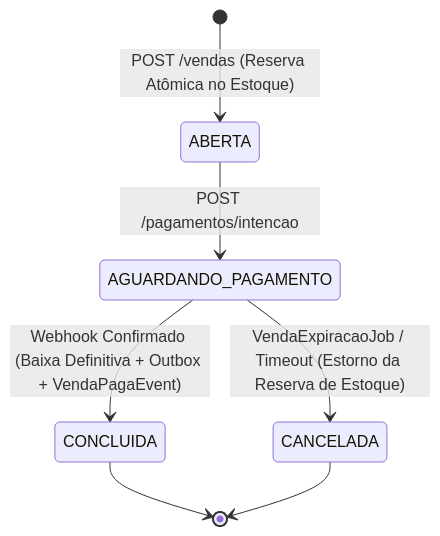
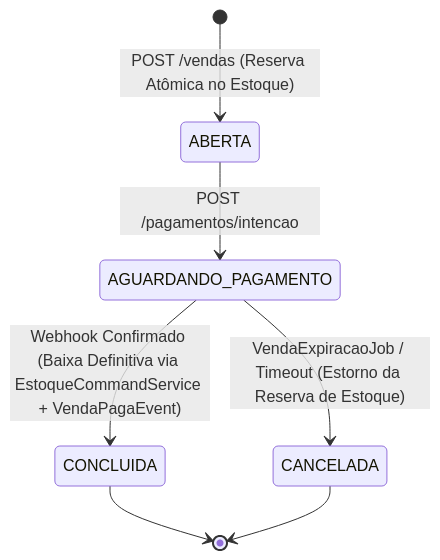
The first of 3 diagrams in docs/domains/checkout.md (iXDGabrielTK/petshop-microservices), drawn with Mermaid before and after one commit. The commit also changed other lines of this file and 13 other files, not shown here.

````diff
--- a/docs/domains/checkout.md
+++ b/docs/domains/checkout.md
@@ -24,11 +24,11 @@
 ```mermaid
 stateDiagram-v2
     [*] --> ABERTA: POST /vendas (Reserva Atômica no Estoque)
     ABERTA --> AGUARDANDO_PAGAMENTO: POST /pagamentos/intencao
     
-    AGUARDANDO_PAGAMENTO --> CONCLUIDA: Webhook Confirmado (Baixa Definitiva + Outbox + VendaPagaEvent)
+    AGUARDANDO_PAGAMENTO --> CONCLUIDA: Webhook Confirmado (Baixa Definitiva via EstoqueCommandService + VendaPagaEvent)
     AGUARDANDO_PAGAMENTO --> CANCELADA: VendaExpiracaoJob / Timeout (Estorno da Reserva de Estoque)
     
     CONCLUIDA --> [*]
     CANCELADA --> [*]
 ```
````
